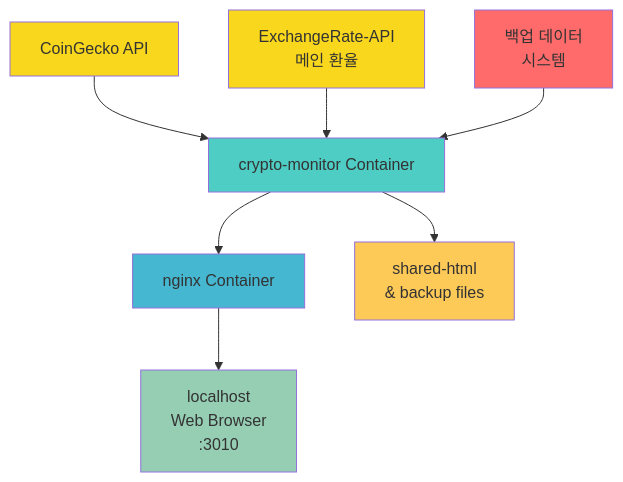
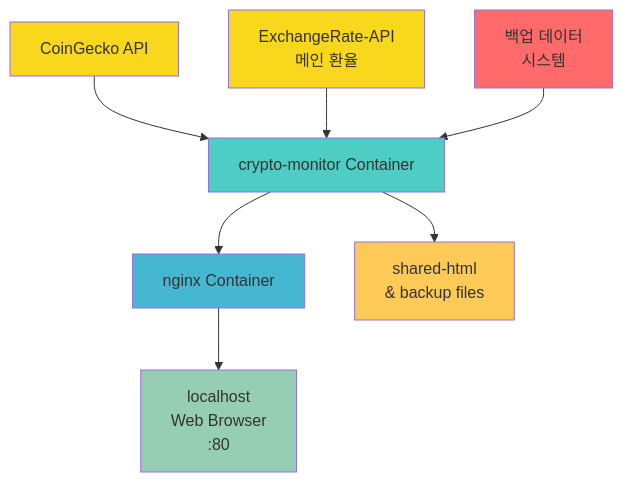
One commit to DongjuLee0528/realtime-crypto-dashboard changed the first of 2 diagrams in README.md. Above: the diagram before and after it, drawn with Mermaid. The commit also changed other lines of this file and 1 other file, not shown here.

````diff
--- a/README.md
+++ b/README.md
@@ -26,17 +26,17 @@
 ```mermaid
 graph TD
     A[CoinGecko API] --> D[crypto-monitor Container]
     B[ExchangeRate-API<br/>메인 환율] --> D
     C[백업 데이터<br/>시스템] --> D
     D --> E[nginx Container]
-    E --> F[localhost<br/>Web Browser<br/>:3010]
+    E --> F[localhost<br/>Web Browser<br/>:80]
     D --> G[shared-html<br/>& backup files]
     
     style A fill:#f9d71c
     style B fill:#f9d71c  
     style C fill:#ff6b6b
     style D fill:#4ecdc4
     style E fill:#45b7d1
     style F fill:#96ceb4
     style G fill:#feca57
 ```
````
